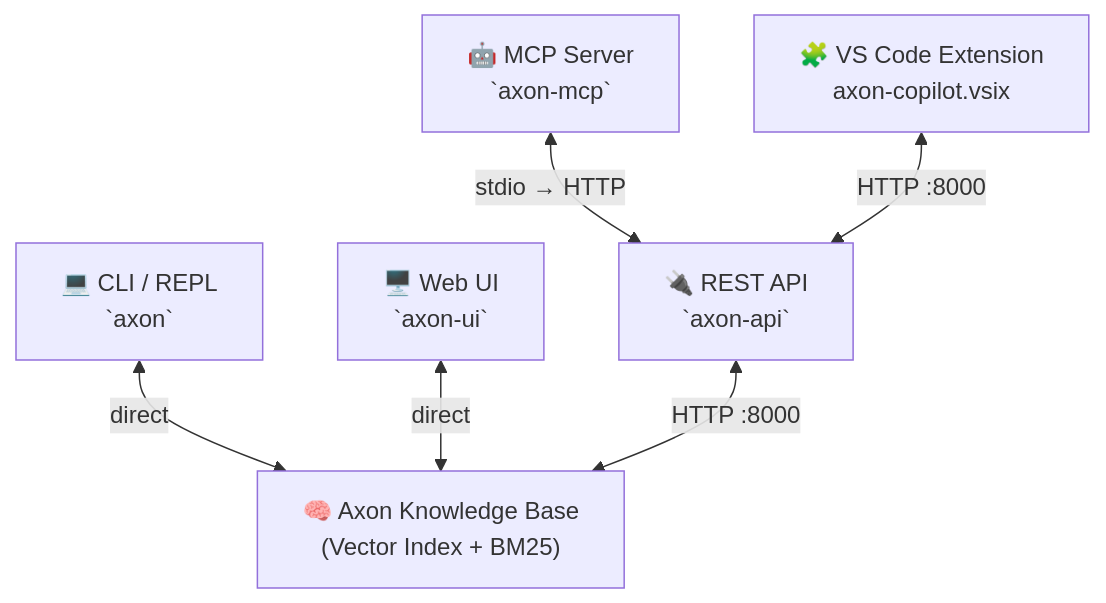
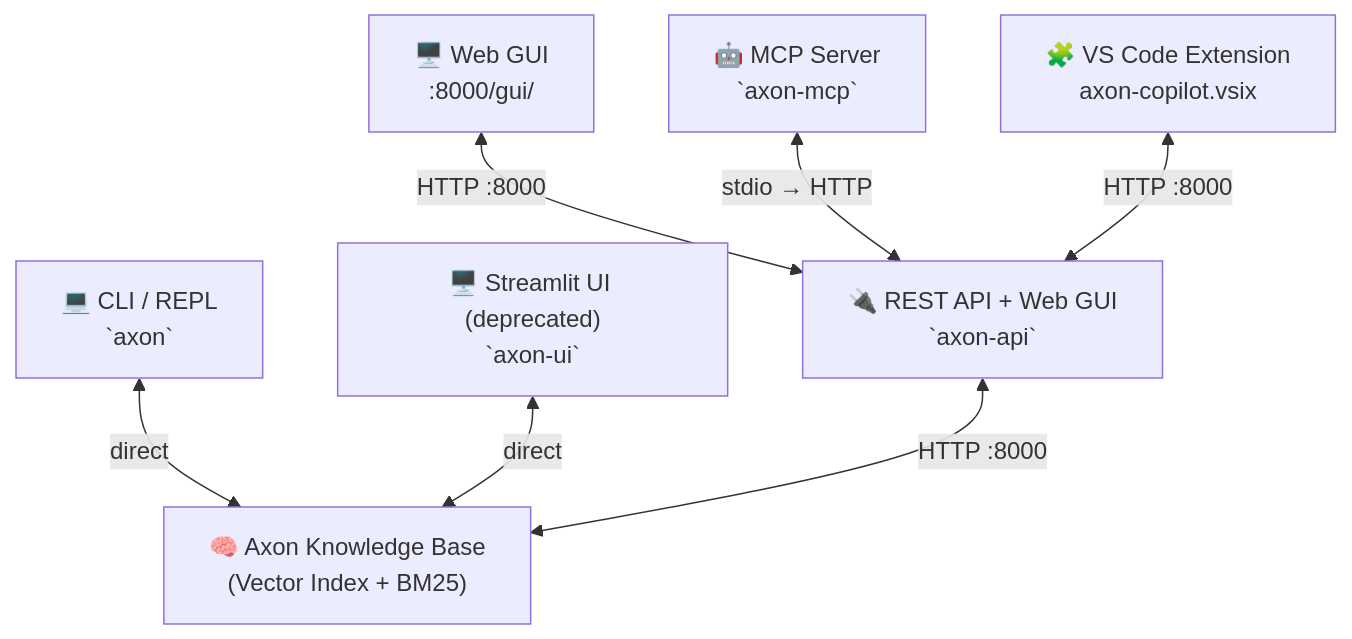
The diagram in docs/assets/diagrams/entry-points.mmd (jyunming/Axon), drawn with Mermaid before and after one commit. The commit also changed 26 other files, not shown here.

First line of the commit message:
chore(ui): deprecate the Streamlit UI in favour of the native web GUI (v0.4.3) (#135)

```diff
--- a/docs/assets/diagrams/entry-points.mmd
+++ b/docs/assets/diagrams/entry-points.mmd
@@ -1,14 +1,16 @@
 flowchart TB
     KB["🧠 Axon Knowledge Base\n(Vector Index + BM25)"]
 
     REPL["💻 CLI / REPL\n`axon`"]
-    UI["🖥️ Web UI\n`axon-ui`"]
-    API["🔌 REST API\n`axon-api`"]
+    UI["🖥️ Streamlit UI (deprecated)\n`axon-ui`"]
+    API["🔌 REST API + Web GUI\n`axon-api`"]
+    GUI["🖥️ Web GUI\n:8000/gui/"]
     MCP["🤖 MCP Server\n`axon-mcp`"]
     EXT["🧩 VS Code Extension\naxon-copilot.vsix"]
 
     REPL <-->|direct| KB
     UI <-->|direct| KB
     API <-->|HTTP :8000| KB
+    GUI <-->|HTTP :8000| API
     MCP <-->|stdio → HTTP| API
     EXT <-->|HTTP :8000| API
```
